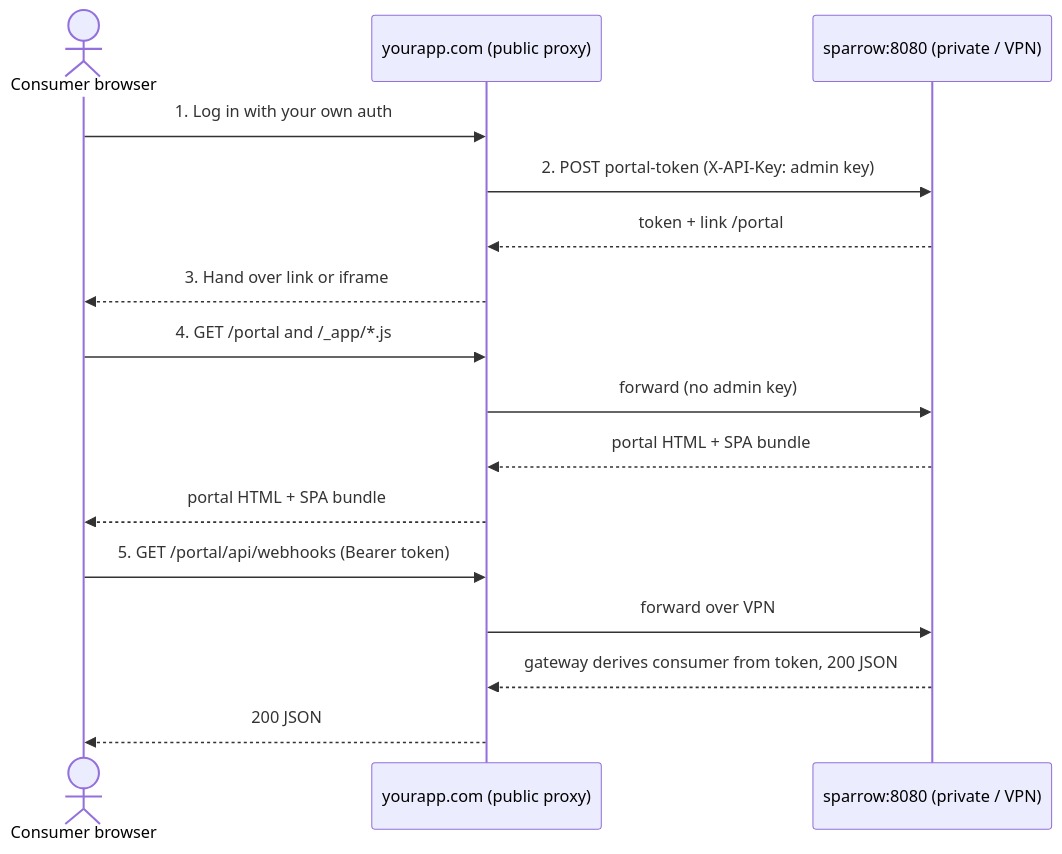
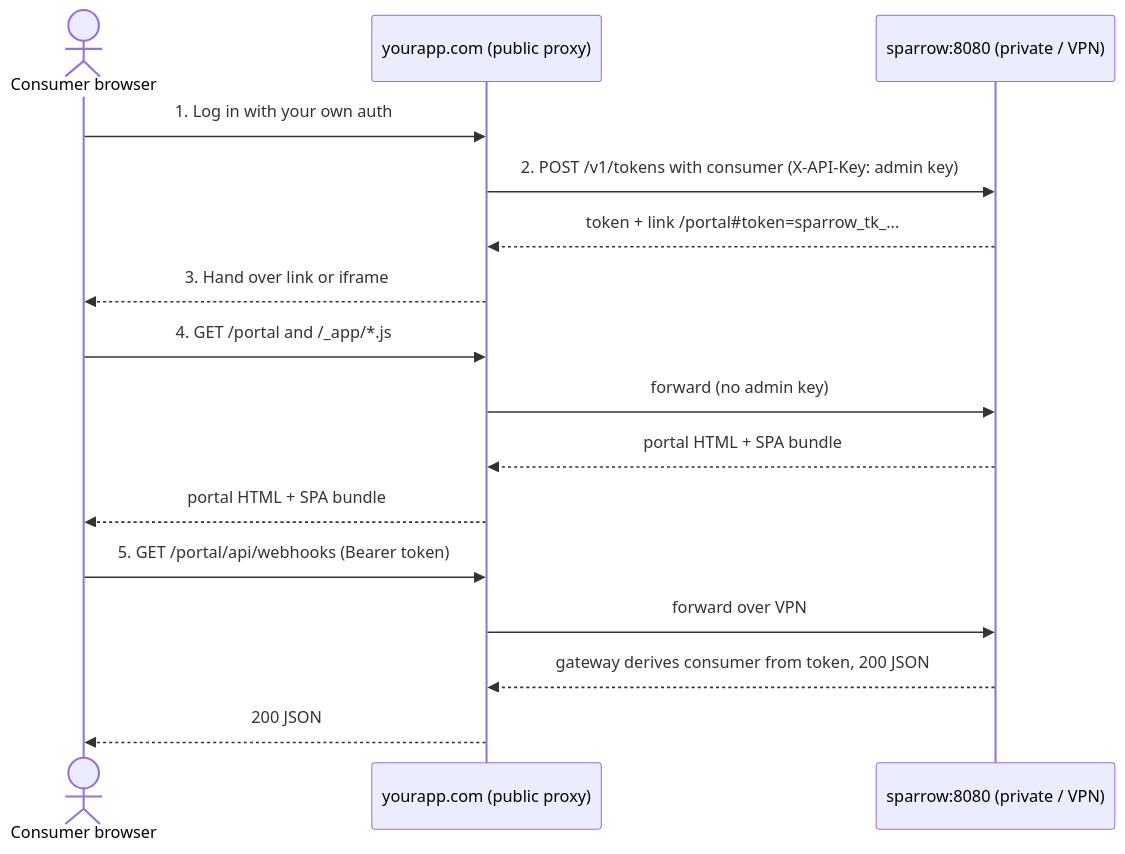
One commit to sarathsp06/sparrow changed the diagram in docs/src/assets/diagrams/portal-embedding-flow.mmd. Above: the diagram before and after it, drawn with Mermaid. The commit also changed 63 other files, not shown here.

```diff
--- a/docs/src/assets/diagrams/portal-embedding-flow.mmd
+++ b/docs/src/assets/diagrams/portal-embedding-flow.mmd
@@ -1,16 +1,16 @@
 sequenceDiagram
     actor U as Consumer browser
     participant A as yourapp.com (public proxy)
     participant S as sparrow:8080 (private / VPN)
     U->>A: 1. Log in with your own auth
-    A->>S: 2. POST portal-token (X-API-Key: admin key)
-    S-->>A: token + link /portal#token=spt_v2...
+    A->>S: 2. POST /v1/tokens with consumer (X-API-Key: admin key)
+    S-->>A: token + link /portal#35;token=sparrow_tk_...
     A-->>U: 3. Hand over link or iframe
     U->>A: 4. GET /portal and /_app/*.js
     A->>S: forward (no admin key)
     S-->>A: portal HTML + SPA bundle
     A-->>U: portal HTML + SPA bundle
     U->>A: 5. GET /portal/api/webhooks (Bearer token)
     A->>S: forward over VPN
     S-->>A: gateway derives consumer from token, 200 JSON
     A-->>U: 200 JSON
```
